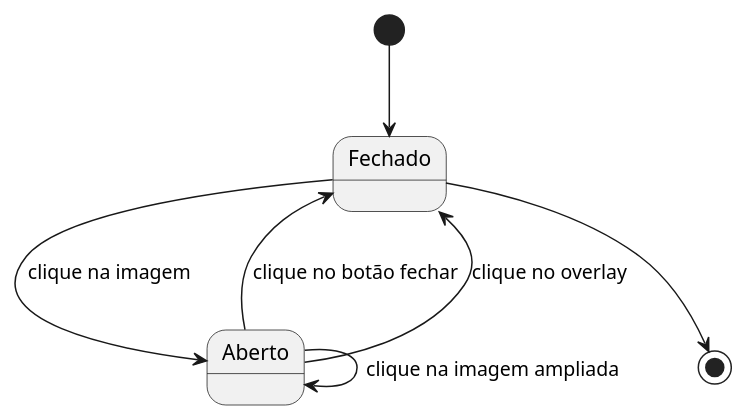
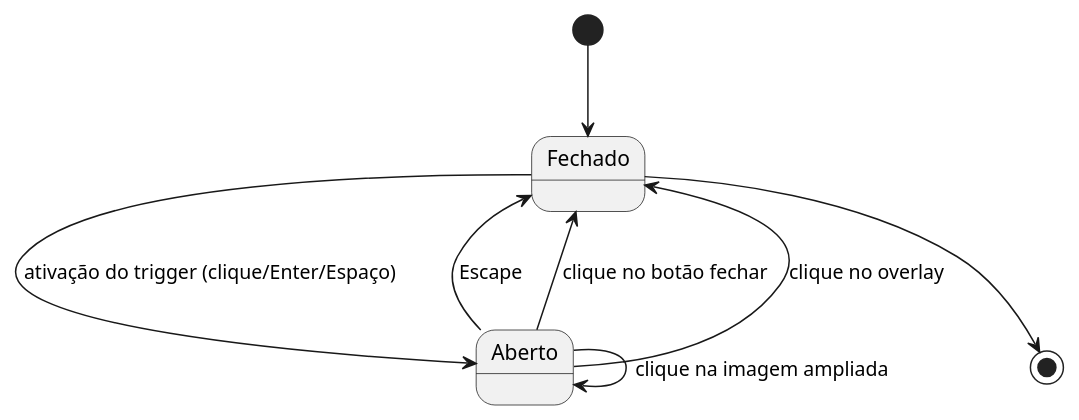
Before and after one commit to guilhermespamplona-prog/museu-tjsc: diagram 12 of 13 in docs/arquitetura-uml.md, drawn with PlantUML. The commit also changed other lines of this file and 80 other files, not shown here.

````diff
--- a/docs/arquitetura-uml.md
+++ b/docs/arquitetura-uml.md
@@ -740,10 +771,11 @@
 ```plantuml
 @startuml
 [*] --> Fechado
-Fechado --> Aberto : clique na imagem
+Fechado --> Aberto : ativação do trigger (clique/Enter/Espaço)
+Aberto --> Fechado : Escape
 Aberto --> Fechado : clique no botão fechar
 Aberto --> Fechado : clique no overlay
 Aberto --> Aberto : clique na imagem ampliada
 Fechado --> [*]
 @enduml
 ```
````
